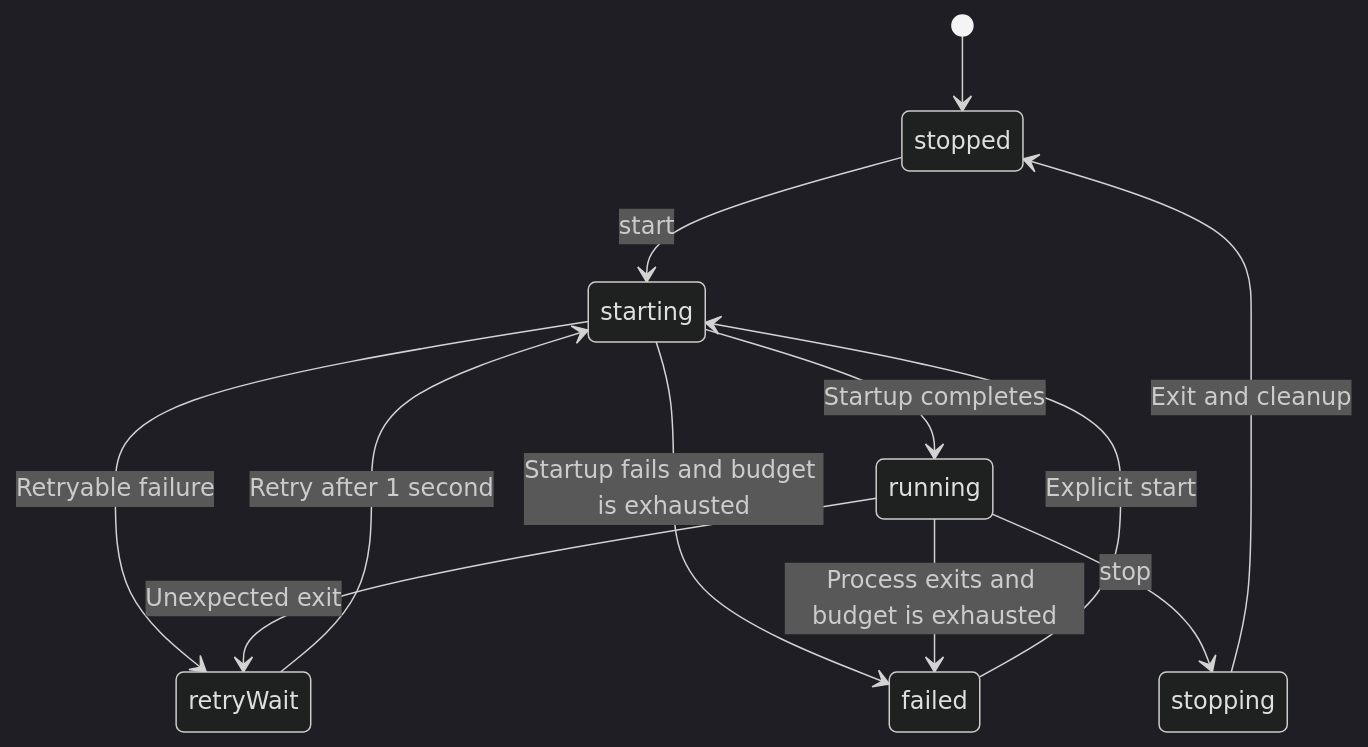
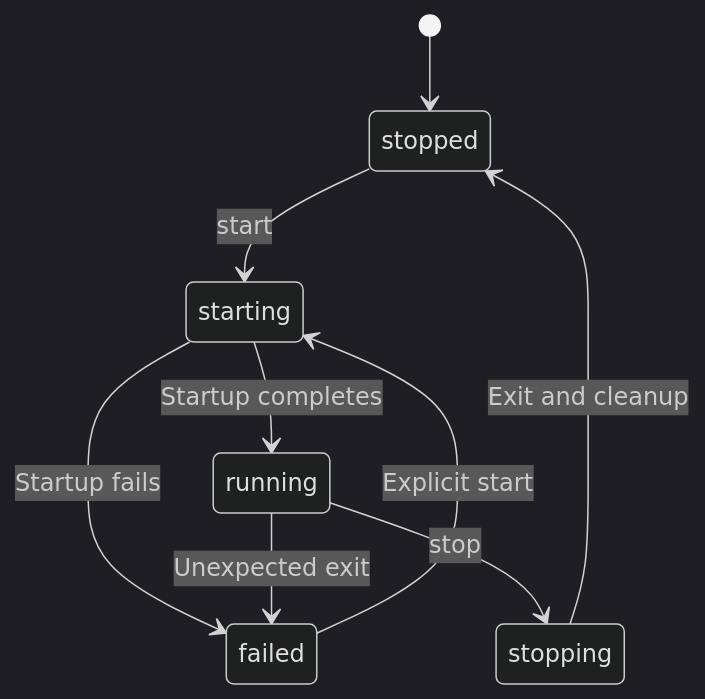
One commit to LetsStarveTogether/dst-server changed the third of 4 diagrams in README.md. Above: the diagram before and after it, drawn with Mermaid (dark theme). The commit also changed other lines of this file and 50 other files, not shown here.

````diff
--- a/README.md
+++ b/README.md
@@ -744,14 +746,11 @@
 ```mermaid
 stateDiagram-v2
     [*] --> stopped
     stopped --> starting: start
     starting --> running: Startup completes
-    starting --> retryWait: Retryable failure
-    running --> retryWait: Unexpected exit
-    retryWait --> starting: Retry after 1 second
-    starting --> failed: Startup fails and budget is exhausted
-    running --> failed: Process exits and budget is exhausted
+    starting --> failed: Startup fails
+    running --> failed: Unexpected exit
     running --> stopping: stop
     stopping --> stopped: Exit and cleanup
     failed --> starting: Explicit start
 ```
````
